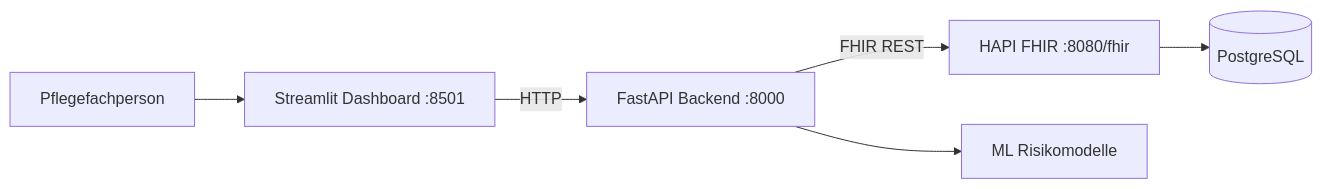
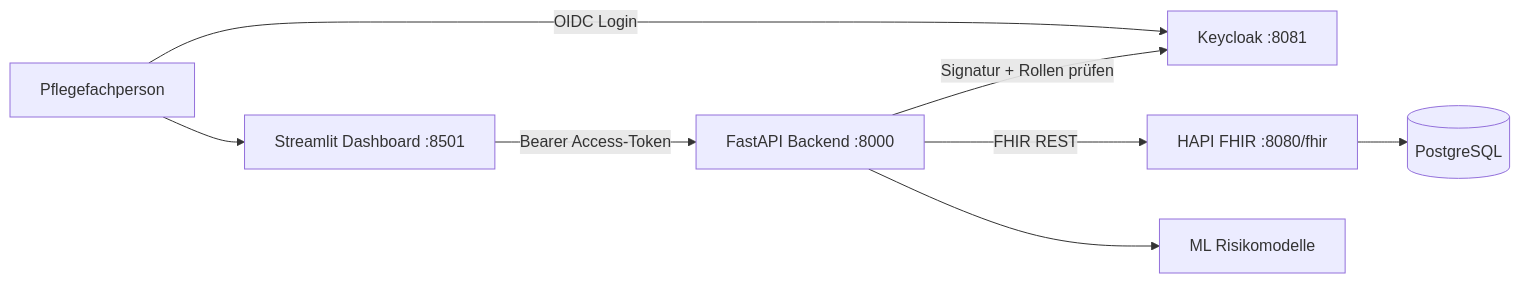
The first of 2 diagrams in README.md (DeveloperRucel07/nurse_monitoring_fhir), drawn with Mermaid before and after one commit. The commit also changed other lines of this file and 28 other files, not shown here.

````diff
--- a/README.md
+++ b/README.md
@@ -29,8 +29,10 @@
 ```mermaid
 flowchart LR
-		U[Pflegefachperson] --> FE[Streamlit Dashboard :8501]
-		FE -->|HTTP| BE[FastAPI Backend :8000]
+		U[Pflegefachperson] -->|OIDC Login| KC[Keycloak :8081]
+		U --> FE[Streamlit Dashboard :8501]
+		FE -->|Bearer Access-Token| BE[FastAPI Backend :8000]
+		BE -->|Signatur + Rollen prüfen| KC
 		BE -->|FHIR REST| FHIR[HAPI FHIR :8080/fhir]
 		BE --> ML[ML Risikomodelle]
 		FHIR --> DB[(PostgreSQL)]
 ```
````
